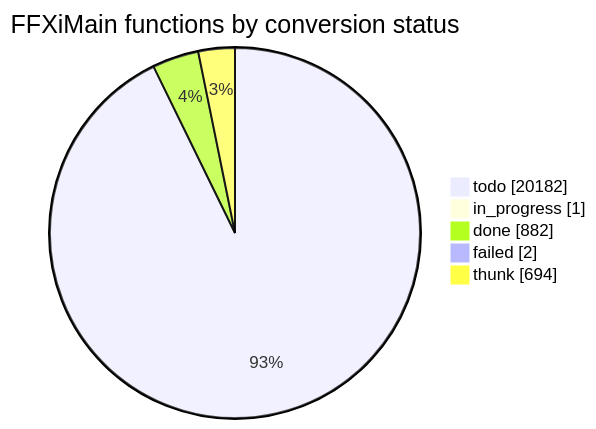
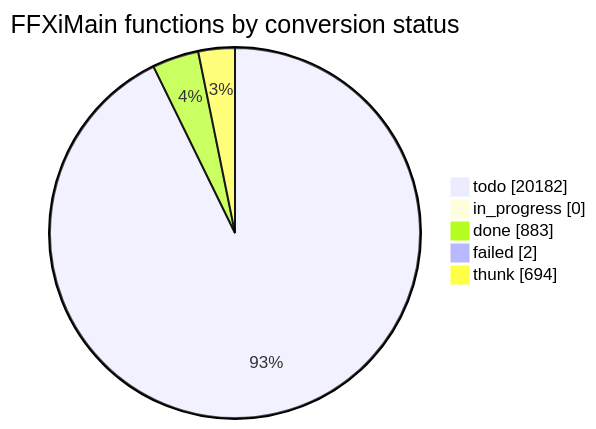
The diagram in docs/cow/STATUS.md (cowrevenge/cow_kuluu_xi_anything), drawn with Mermaid before and after one commit. The commit also changed other lines of this file and 9 other files, not shown here.

````diff
--- a/docs/cow/STATUS.md
+++ b/docs/cow/STATUS.md
@@ -18,9 +18,9 @@
 ```mermaid
 pie showData
     title FFXiMain functions by conversion status
     "todo" : 20182
-    "in_progress" : 1
-    "done" : 882
+    "in_progress" : 0
+    "done" : 883
     "failed" : 2
     "thunk" : 694
 ```
````
